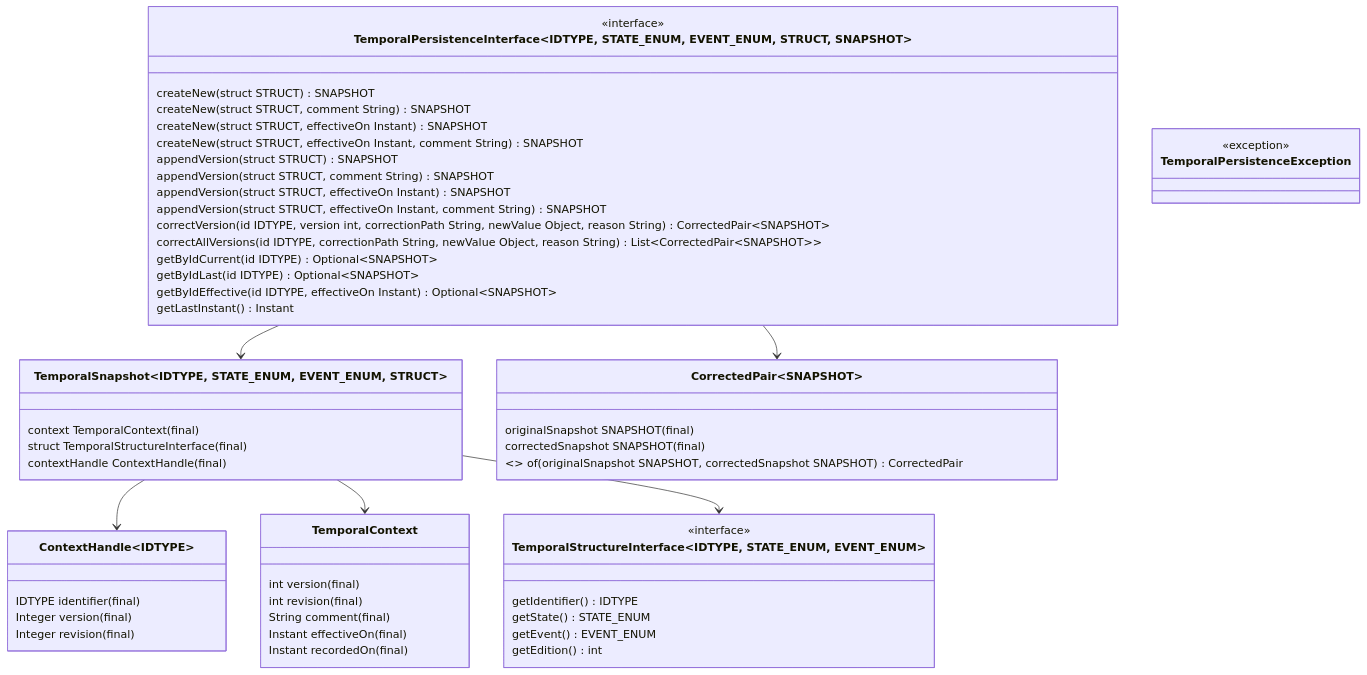
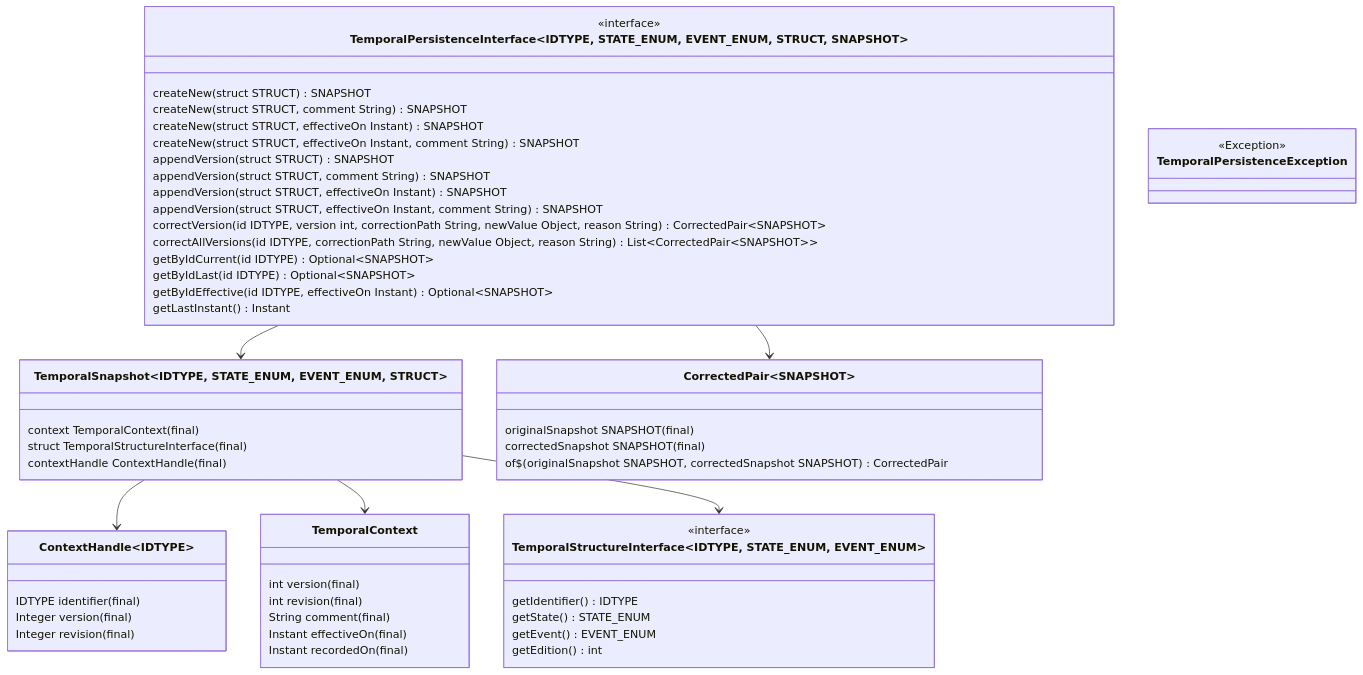
One commit to drp2179/bi-temporal-data-base-lib changed the diagram in README.md. Above: the diagram before and after it, drawn with Mermaid.

Commit message:
mermaid adjustments

````diff
--- a/README.md
+++ b/README.md
@@ -7,73 +7,73 @@
 ```mermaid
 classDiagram
     
     class TemporalContext {
         int version (final)
         int revision (final)
         String comment (final)
         Instant effectiveOn (final)
         Instant recordedOn (final)
     }
 
     class ContextHandle~IDTYPE~ {
         IDTYPE identifier (final)
         Integer version (final)
         Integer revision (final)
     }
 
     class TemporalStructureInterface~IDTYPE, STATE_ENUM, EVENT_ENUM~ {
         <<interface>>
         getIdentifier() IDTYPE
         getState() STATE_ENUM
         getEvent() EVENT_ENUM
         getEdition() int
     }
 
     class TemporalSnapshot~IDTYPE, STATE_ENUM, EVENT_ENUM, STRUCT~ {
         context TemporalContext (final)
         struct TemporalStructureInterface (final)
         contextHandle ContextHandle (final)
     }
 
     TemporalSnapshot --> ContextHandle
     TemporalSnapshot --> TemporalContext
     TemporalSnapshot --> TemporalStructureInterface
     
     class CorrectedPair~SNAPSHOT~ {
 			originalSnapshot SNAPSHOT (final)
 			correctedSnapshot SNAPSHOT (final)
 
-			<<static>> of(originalSnapshot SNAPSHOT, correctedSnapshot SNAPSHOT) CorrectedPair<SNAPSHOT>
+			of$(originalSnapshot SNAPSHOT, correctedSnapshot SNAPSHOT) CorrectedPair<SNAPSHOT>
     }
 
     class TemporalPersistenceInterface~IDTYPE, STATE_ENUM, EVENT_ENUM, STRUCT, SNAPSHOT~ {
         <<interface>>
 
         createNew(struct STRUCT) SNAPSHOT
         createNew(struct STRUCT, comment String) SNAPSHOT
         createNew(struct STRUCT, effectiveOn Instant) SNAPSHOT
         createNew(struct STRUCT, effectiveOn Instant, comment String) SNAPSHOT
         
         appendVersion(struct STRUCT) SNAPSHOT
         appendVersion(struct STRUCT, comment String) SNAPSHOT
         appendVersion(struct STRUCT, effectiveOn Instant) SNAPSHOT
         appendVersion(struct STRUCT, effectiveOn Instant, comment String) SNAPSHOT
         
         correctVersion(id IDTYPE, version int, correctionPath String, newValue Object, reason String) CorrectedPair~SNAPSHOT~
         correctAllVersions(id IDTYPE, correctionPath String, newValue Object, reason String) List~CorrectedPair~SNAPSHOT~~
         
         getByIdCurrent(id IDTYPE) Optional~SNAPSHOT~
         getByIdLast(id IDTYPE) Optional~SNAPSHOT~
         getByIdEffective(id IDTYPE, effectiveOn Instant) Optional~SNAPSHOT~
         
         getLastInstant() Instant
     }
 
     TemporalPersistenceInterface --> TemporalSnapshot
     TemporalPersistenceInterface --> CorrectedPair
     
     class TemporalPersistenceException {
-    	<<exception>>
+    	<<Exception>>
     }
 
 ```
````
